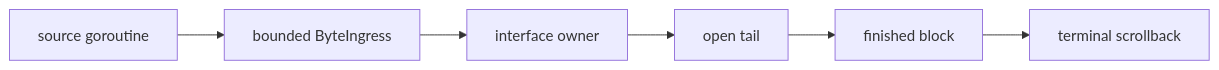
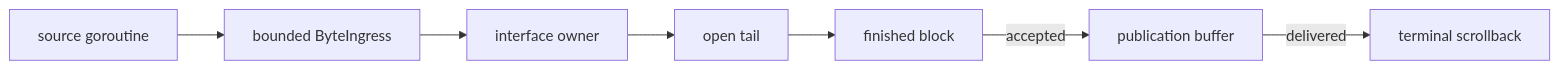
Before and after one commit to Tangerg/oolong: the diagram in docs/streaming.md, drawn with Mermaid. The commit also changed other lines of this file and 73 other files, not shown here.

````diff
--- a/docs/streaming.md
+++ b/docs/streaming.md
@@ -33,8 +33,9 @@
 ```mermaid
 flowchart LR
     source["source goroutine"] --> ingress["bounded ByteIngress"]
     ingress --> owner["interface owner"]
     owner --> open["open tail"]
     open --> committed["finished block"]
-    committed --> terminal["terminal scrollback"]
+    committed -->|accepted| publication["publication buffer"]
+    publication -->|delivered| terminal["terminal scrollback"]
 ```
````
